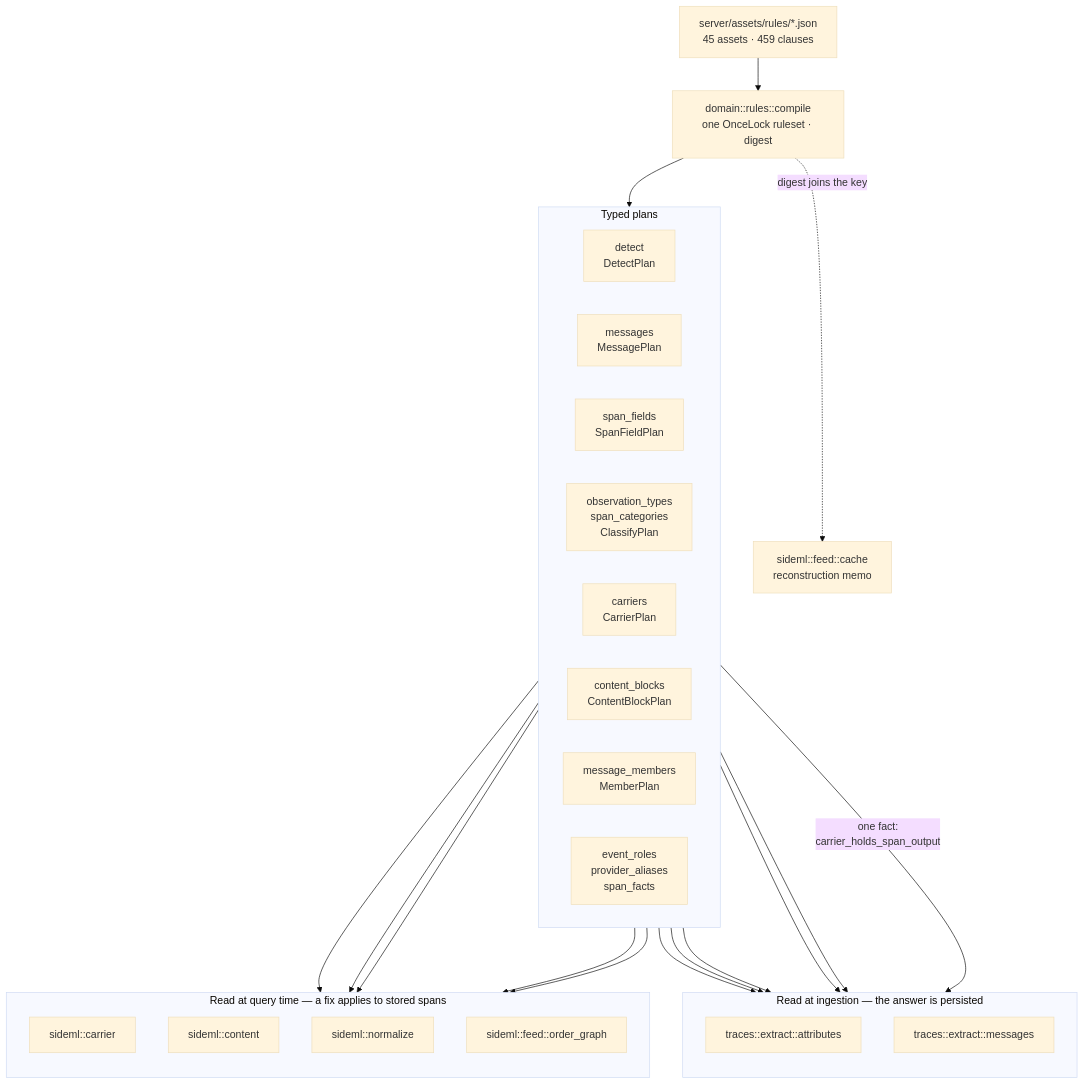
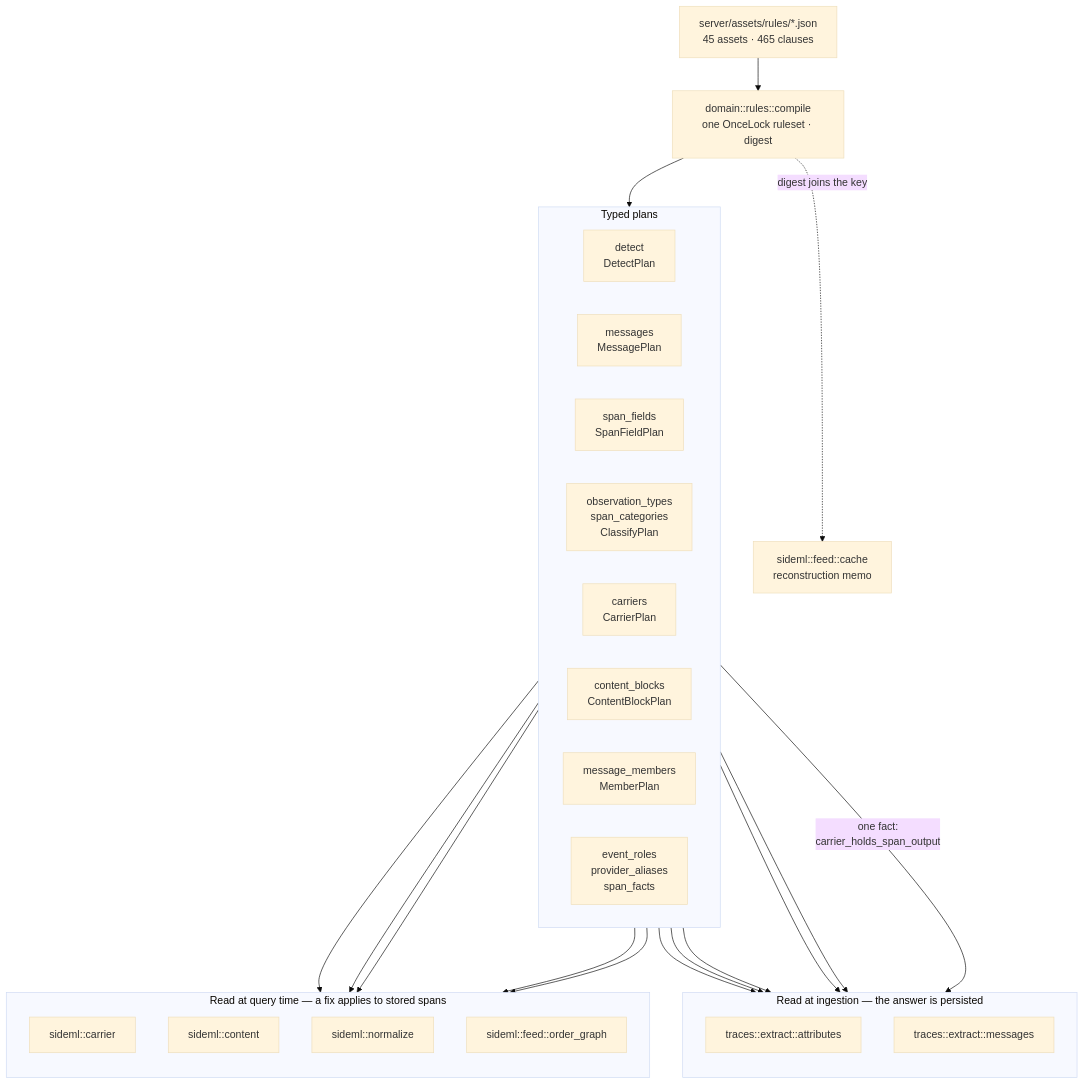
One commit to sideseat/sideseat changed the first of 7 diagrams in docs/engineering/architecture-diagrams.md. Above: the diagram before and after it, drawn with Mermaid (base theme). The commit also changed 14 other files, not shown here.

````diff
--- a/docs/engineering/architecture-diagrams.md
+++ b/docs/engineering/architecture-diagrams.md
@@ -18,47 +18,47 @@
 ```mermaid
 flowchart TB
-    assets["server/assets/rules/*.json<br/>45 assets · 459 clauses"]
+    assets["server/assets/rules/*.json<br/>45 assets · 465 clauses"]
     compile["domain::rules::compile<br/>one OnceLock ruleset · digest"]
     assets --> compile
 
     subgraph plans["Typed plans"]
         direction LR
         detect["detect<br/>DetectPlan"]
         messages["messages<br/>MessagePlan"]
         fields["span_fields<br/>SpanFieldPlan"]
         classify["observation_types<br/>span_categories<br/>ClassifyPlan"]
         carriers["carriers<br/>CarrierPlan"]
         blocks["content_blocks<br/>ContentBlockPlan"]
         members["message_members<br/>MemberPlan"]
         roles["event_roles<br/>provider_aliases<br/>span_facts"]
     end
     compile --> plans
 
     subgraph ingest["Read at ingestion — the answer is persisted"]
         direction TB
         attrs["traces::extract::attributes"]
         msgs["traces::extract::messages"]
     end
 
     subgraph query["Read at query time — a fix applies to stored spans"]
         direction TB
         carrier["sideml::carrier"]
         content["sideml::content"]
         normalize["sideml::normalize"]
         order["sideml::feed::order_graph"]
     end
 
     detect --> attrs
     fields --> attrs
     classify --> attrs
     roles --> attrs
     messages --> msgs
     carriers -->|"one fact:<br/>carrier_holds_span_output"| msgs
     carriers --> carrier
     carriers --> order
     blocks --> content
     members --> content
     roles --> normalize
 
     compile -. "digest joins the key" .-> cache["sideml::feed::cache<br/>reconstruction memo"]
 ```
````
